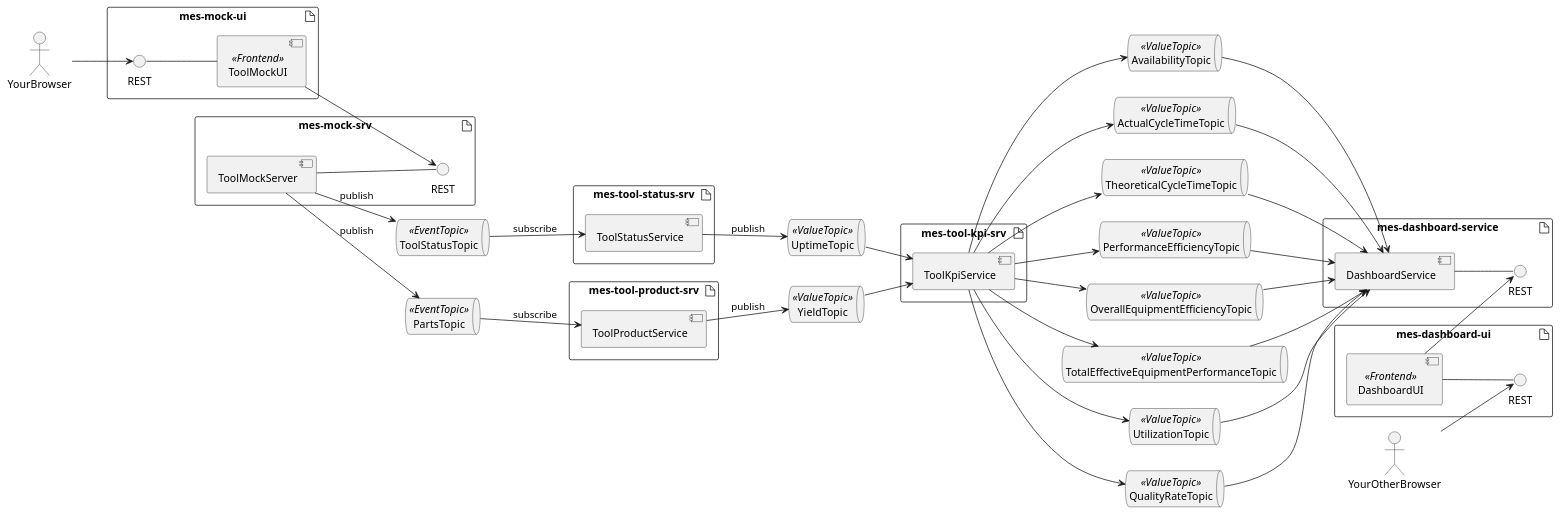
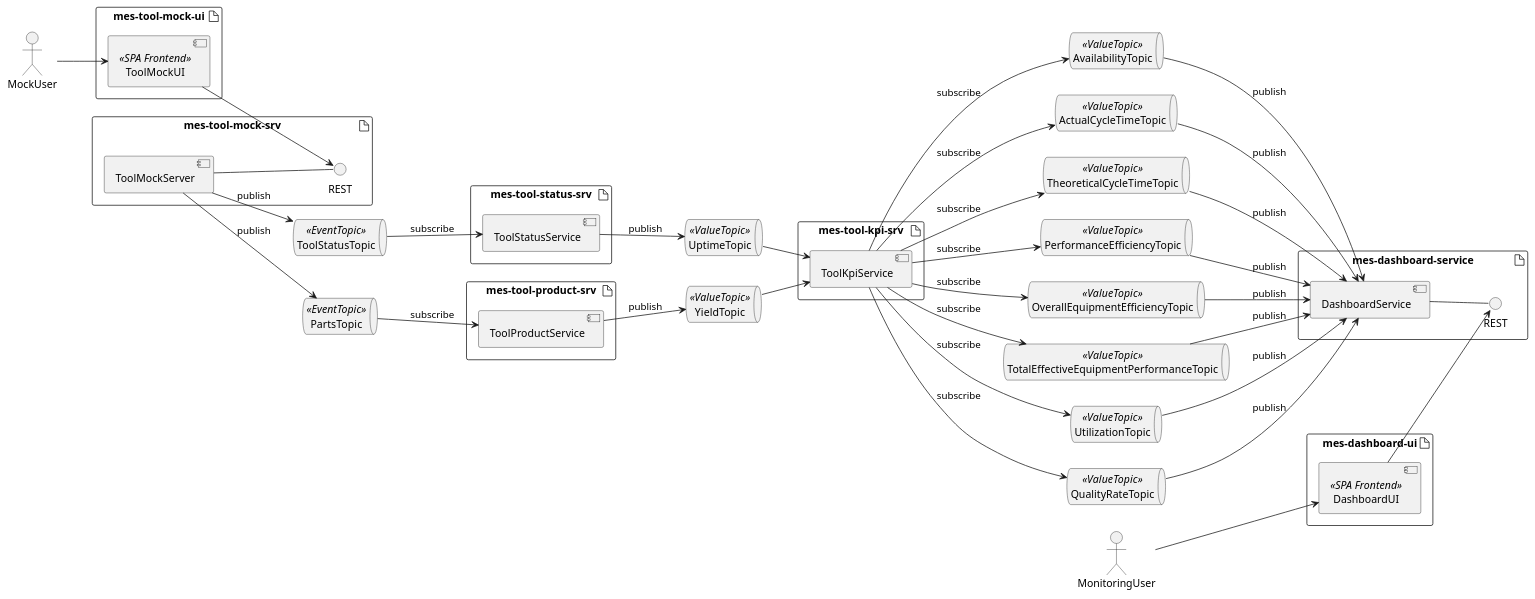
Before and after one commit to onouv/mes-tool-mock-srv: the diagram in doc/domain/deployment.puml, drawn with PlantUML. The commit also changed 1 other file, not shown here.

Commit message:
Update README (UML deployment diagram).

```diff
--- a/doc/domain/deployment.puml
+++ b/doc/domain/deployment.puml
@@ -1,93 +1,92 @@
 @startuml
 left to right direction
 
-artifact "mes-mock-ui" {
-    component ToolMockUI <<Frontend>>
-    interface REST as rest1
+artifact "mes-tool-mock-ui" {
+    component ToolMockUI <<SPA Frontend>>
+
 }
 
-artifact "mes-mock-srv" {
+artifact "mes-tool-mock-srv" {
     component ToolMockServer
     interface REST as rest2
     ToolMockServer -- rest2
 }
-actor YourBrowser
+
+actor MockUser
 
 queue ToolStatusTopic <<EventTopic>>
 queue PartsTopic <<EventTopic>>
 queue UptimeTopic <<ValueTopic>>
 queue YieldTopic <<ValueTopic>>
 
 artifact "mes-tool-status-srv" {
     component ToolStatusService
 }
 
 artifact "mes-tool-product-srv" {
     component ToolProductService
 }
 
 artifact "mes-tool-kpi-srv" {
     component ToolKpiService
 }
 
 artifact "mes-dashboard-service" {
     component DashboardService
+
     interface REST as rest3
     DashboardService -- rest3
 }
 
 artifact "mes-dashboard-ui" {
-    component DashboardUI <<Frontend>>
-    interface REST as rest4
-    DashboardUI -- rest4
+    component DashboardUI <<SPA Frontend>>
 }
 
-actor YourOtherBrowser
+actor MonitoringUser
 
 queue AvailabilityTopic <<ValueTopic>>
 queue ActualCycleTimeTopic <<ValueTopic>>
 queue TheoreticalCycleTimeTopic <<ValueTopic>>
 queue PerformanceEfficiencyTopic <<ValueTopic>>
 queue OverallEquipmentEfficiencyTopic <<ValueTopic>>
 queue TotalEffectiveEquipmentPerformanceTopic <<ValueTopic>>
 queue UtilizationTopic <<ValueTopic>>
 queue QualityRateTopic <<ValueTopic>>
 
-YourBrowser --> rest1
-ToolMockUI -u- rest1
+MockUser --> ToolMockUI
 ToolMockUI --> rest2
 
 ToolMockServer --> ToolStatusTopic: publish
 ToolMockServer --> PartsTopic: publish
 
 ToolProductService --> YieldTopic: publish
 PartsTopic --> ToolProductService: subscribe
 
 ToolStatusService --> UptimeTopic: publish
 ToolStatusTopic --> ToolStatusService: subscribe
 
 UptimeTopic --> ToolKpiService
 YieldTopic --> ToolKpiService
 
-ToolKpiService --> AvailabilityTopic
-ToolKpiService --> ActualCycleTimeTopic
-ToolKpiService --> TheoreticalCycleTimeTopic
-ToolKpiService --> PerformanceEfficiencyTopic
-ToolKpiService --> OverallEquipmentEfficiencyTopic
-ToolKpiService --> TotalEffectiveEquipmentPerformanceTopic
-ToolKpiService --> UtilizationTopic
-ToolKpiService --> QualityRateTopic
+ToolKpiService --> AvailabilityTopic: subscribe
+ToolKpiService --> ActualCycleTimeTopic: subscribe
+ToolKpiService --> TheoreticalCycleTimeTopic: subscribe
+ToolKpiService --> PerformanceEfficiencyTopic: subscribe
+ToolKpiService --> OverallEquipmentEfficiencyTopic: subscribe
+ToolKpiService --> TotalEffectiveEquipmentPerformanceTopic: subscribe
+ToolKpiService --> UtilizationTopic: subscribe
+ToolKpiService --> QualityRateTopic: subscribe
 
-AvailabilityTopic --> DashboardService
-ActualCycleTimeTopic --> DashboardService
-TheoreticalCycleTimeTopic --> DashboardService
-PerformanceEfficiencyTopic --> DashboardService
-OverallEquipmentEfficiencyTopic --> DashboardService
-TotalEffectiveEquipmentPerformanceTopic --> DashboardService
-UtilizationTopic --> DashboardService
-QualityRateTopic --> DashboardService
+AvailabilityTopic --> DashboardService: publish
+ActualCycleTimeTopic --> DashboardService: publish
+TheoreticalCycleTimeTopic --> DashboardService: publish
+PerformanceEfficiencyTopic --> DashboardService: publish
+OverallEquipmentEfficiencyTopic --> DashboardService: publish
+TotalEffectiveEquipmentPerformanceTopic --> DashboardService: publish
+UtilizationTopic --> DashboardService: publish
+QualityRateTopic --> DashboardService: publish
 
 DashboardUI --> rest3
-YourOtherBrowser --> rest4
+MonitoringUser --> DashboardUI
 
 @enduml
```
